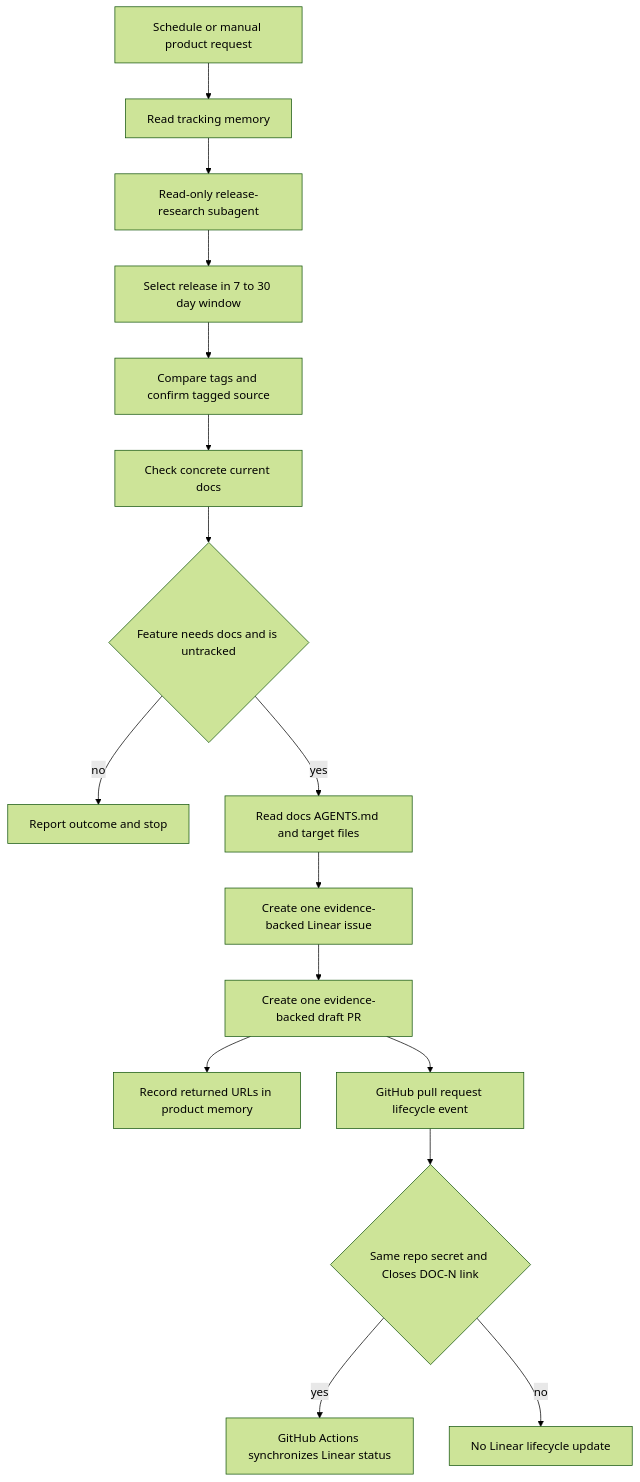
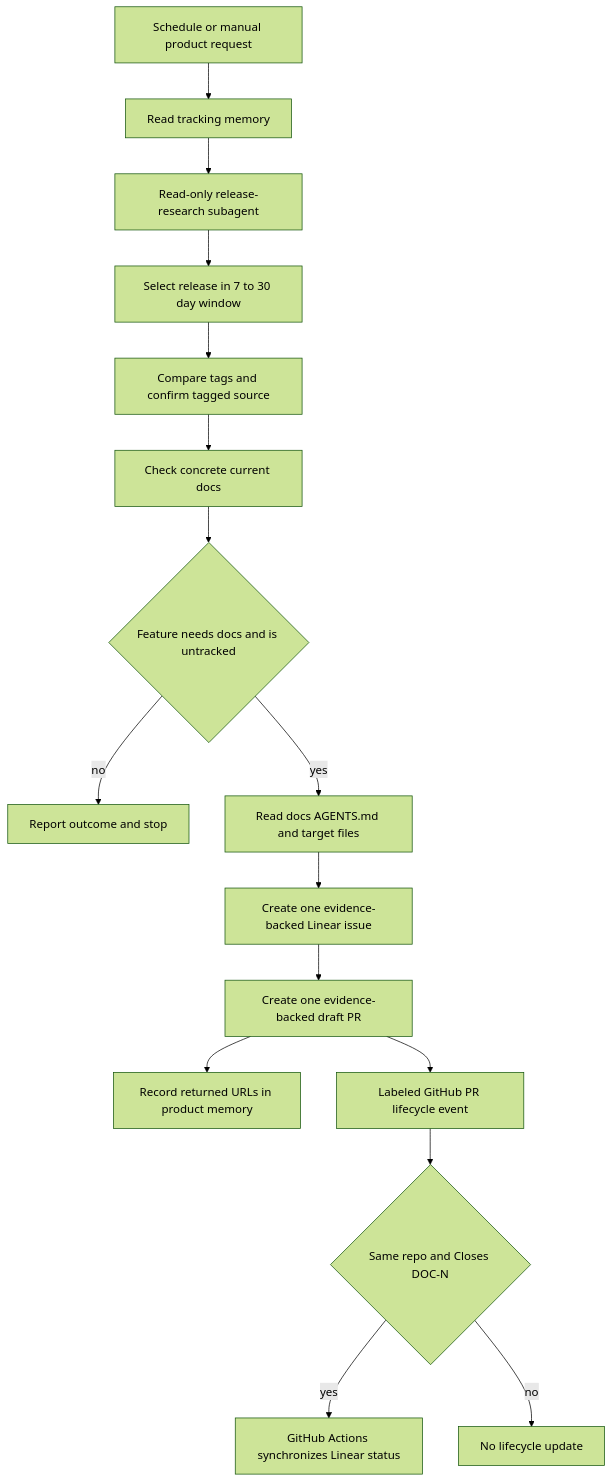
The diagram in openwiki/workflows/release-watch.md (langchain-ai/docs), drawn with Mermaid (forest theme) before and after one commit. The commit also changed other lines of this file and 47 other files, not shown here.

````diff
--- a/openwiki/workflows/release-watch.md
+++ b/openwiki/workflows/release-watch.md
@@ -90,18 +74,18 @@
 ```mermaid
 flowchart TD
   Start["Schedule or manual product request"] --> Memory["Read tracking memory"]
   Memory --> Research["Read-only release-research subagent"]
   Research --> Select["Select release in 7 to 30 day window"]
   Select --> Diff["Compare tags and confirm tagged source"]
   Diff --> Coverage["Check concrete current docs"]
   Coverage --> Gate{"Feature needs docs and is untracked"}
   Gate -->|"no"| Stop["Report outcome and stop"]
   Gate -->|"yes"| Base["Read docs AGENTS.md and target files"]
   Base --> Issue["Create one evidence-backed Linear issue"]
   Issue --> Draft["Create one evidence-backed draft PR"]
   Draft --> Record["Record returned URLs in product memory"]
-  Draft --> Event["GitHub pull request lifecycle event"]
-  Event --> SyncGate{"Same repo secret and Closes DOC-N link"}
+  Draft --> Event["Labeled GitHub PR lifecycle event"]
+  Event --> SyncGate{"Same repo and Closes DOC-N"}
   SyncGate -->|"yes"| Linear["GitHub Actions synchronizes Linear status"]
-  SyncGate -->|"no"| Skip["No Linear lifecycle update"]
+  SyncGate -->|"no"| Skip["No lifecycle update"]
 ```
````
